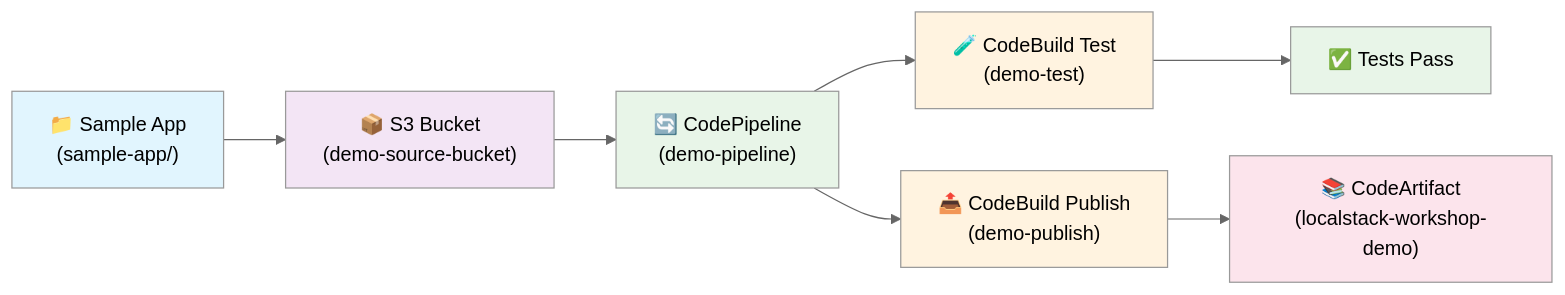
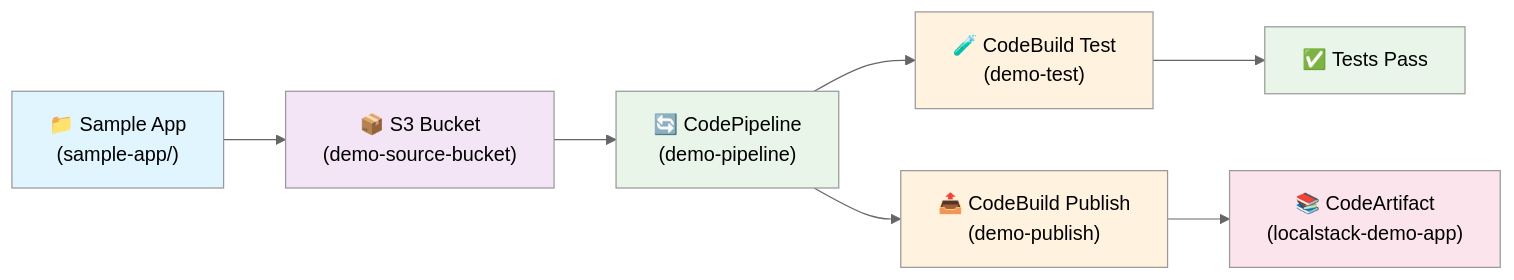
One commit to sachajw/flo-2025-localstack-aws-cicd-svcs changed the diagram in README.md. Above: the diagram before and after it, drawn with Mermaid (neutral theme). The commit also changed other lines of this file and 1 other file, not shown here.

````diff
--- a/README.md
+++ b/README.md
@@ -54,17 +54,17 @@
 ```mermaid
 flowchart LR
     A["📁 Sample App<br/>(sample-app/)"] --> B["📦 S3 Bucket<br/>(demo-source-bucket)"]
     B --> C["🔄 CodePipeline<br/>(demo-pipeline)"]
     C --> D["🧪 CodeBuild Test<br/>(demo-test)"]
     C --> E["📤 CodeBuild Publish<br/>(demo-publish)"]
     D --> F["✅ Tests Pass"]
-    E --> G["📚 CodeArtifact<br/>(localstack-workshop-demo)"]
+    E --> G["📚 CodeArtifact<br/>(localstack-demo-app)"]
     
     style A fill:#e1f5fe
     style B fill:#f3e5f5
     style C fill:#e8f5e8
     style D fill:#fff3e0
     style E fill:#fff3e0
     style F fill:#e8f5e8
     style G fill:#fce4ec
 ```
````
